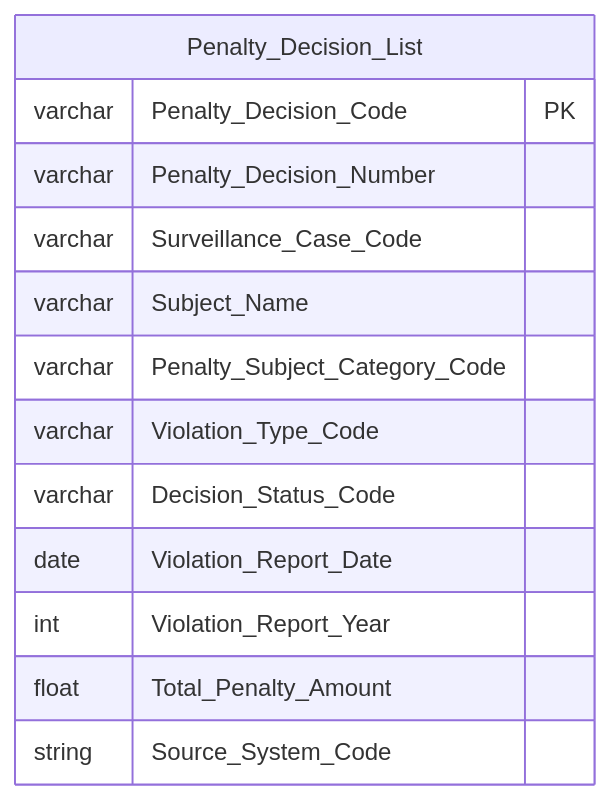
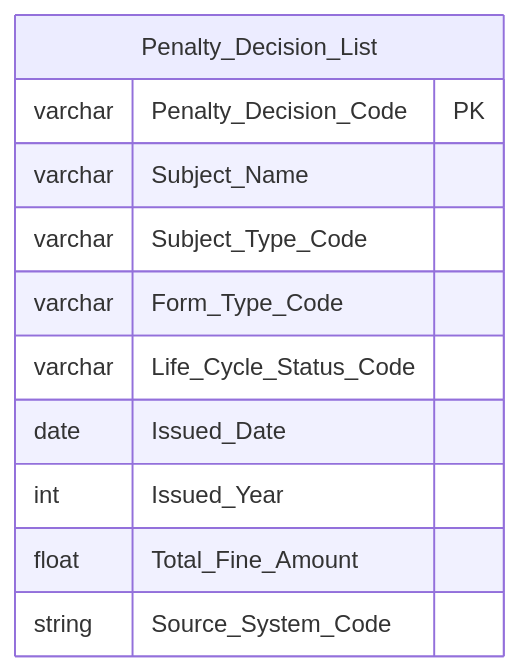
One commit to linhlvit/ubck_atomic_design changed diagram 37 of 43 in Datamart/hld/DTM_TT_HLD.md. Above: the diagram before and after it, drawn with Mermaid. The commit also changed other lines of this file and 9 other files, not shown here.

````diff
--- a/Datamart/hld/DTM_TT_HLD.md
+++ b/Datamart/hld/DTM_TT_HLD.md
@@ -922,16 +1430,14 @@
 ```mermaid
 erDiagram
     Penalty_Decision_List {
         varchar Penalty_Decision_Code PK
-        varchar Penalty_Decision_Number
-        varchar Surveillance_Case_Code
         varchar Subject_Name
-        varchar Penalty_Subject_Category_Code
-        varchar Violation_Type_Code
-        varchar Decision_Status_Code
-        date Violation_Report_Date
-        int Violation_Report_Year
-        float Total_Penalty_Amount
+        varchar Subject_Type_Code
+        varchar Form_Type_Code
+        varchar Life_Cycle_Status_Code
+        date Issued_Date
+        int Issued_Year
+        float Total_Fine_Amount
         string Source_System_Code
     }
 ```
````
